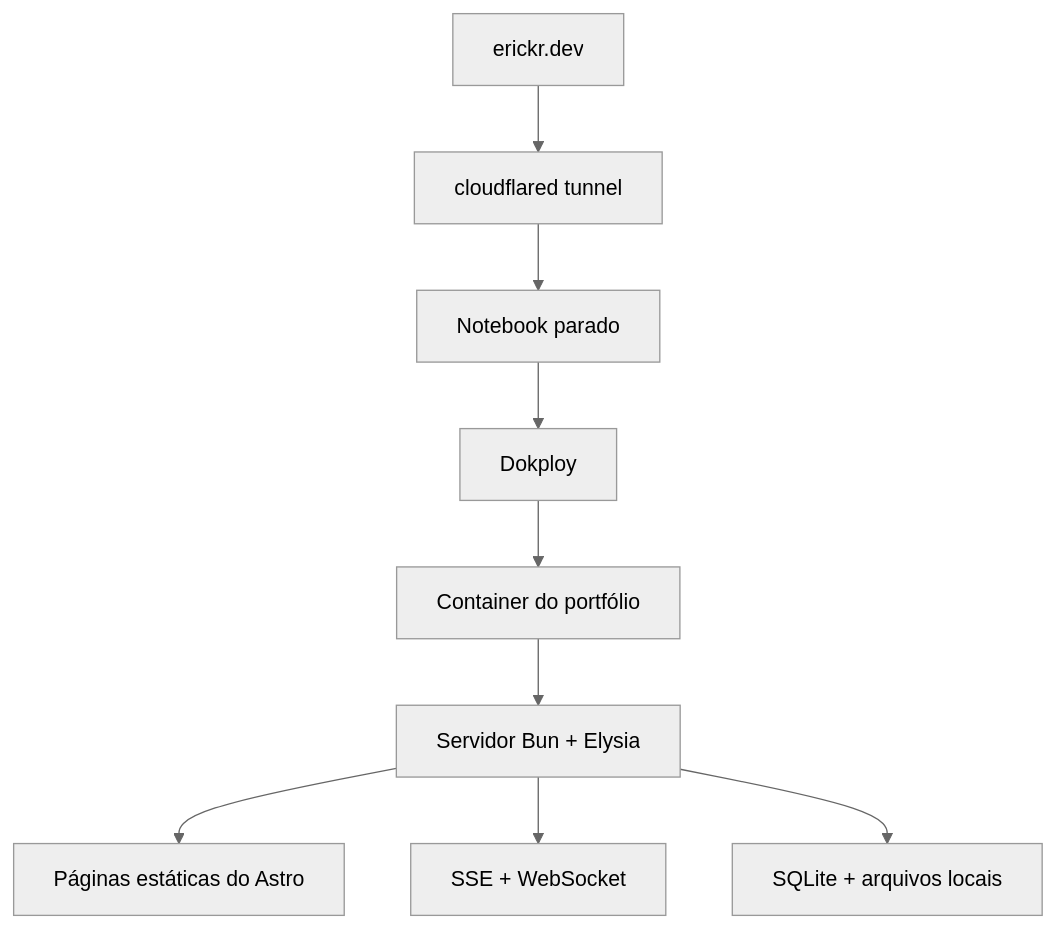
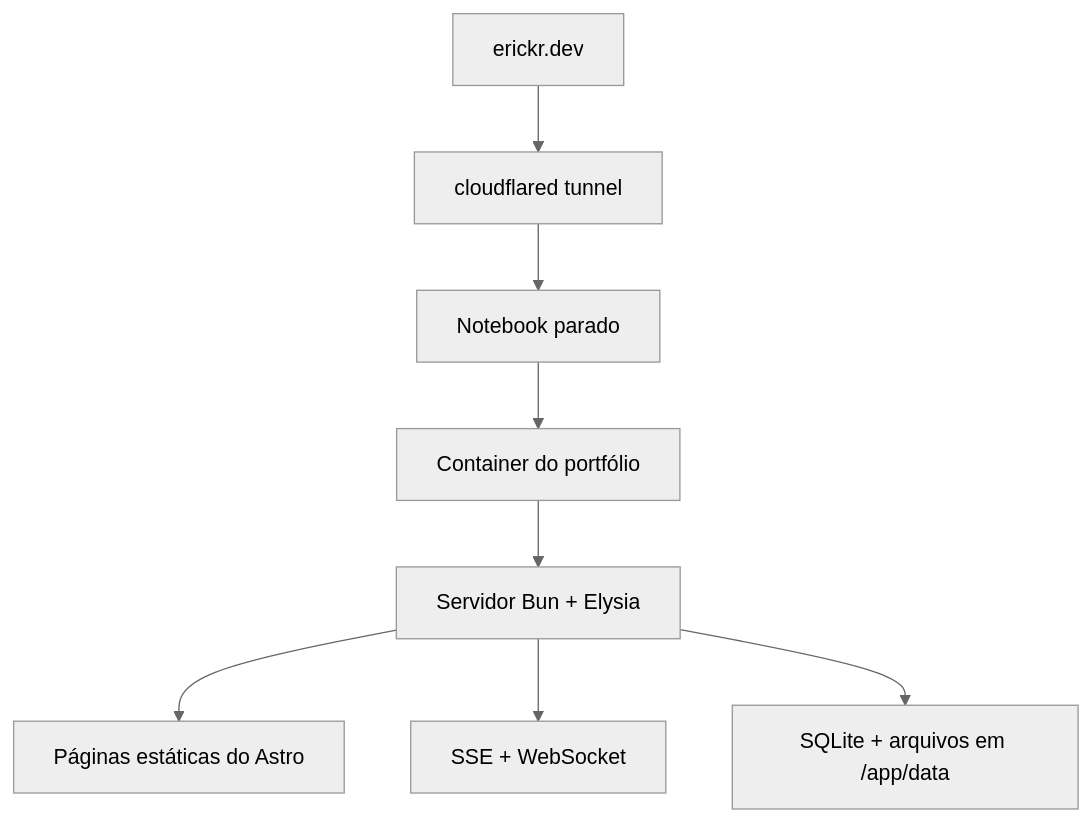
One commit to ErickCReis/ErickCReis changed the first of 2 diagrams in web/content/blog/rewriting-my-portfolio-for-self-hosting.pt-BR.mdx. Above: the diagram before and after it, drawn with Mermaid (neutral theme). The commit also changed other lines of this file and 1 other file, not shown here.

````diff
--- a/web/content/blog/rewriting-my-portfolio-for-self-hosting.pt-BR.mdx
+++ b/web/content/blog/rewriting-my-portfolio-for-self-hosting.pt-BR.mdx
@@ -28,11 +33,10 @@
 ```mermaid
 flowchart TB
   Domain["erickr.dev"] --> Tunnel["cloudflared tunnel"]
-  Tunnel --> Machine["Notebook parado"]
-  Machine --> Dokploy["Dokploy"]
-  Dokploy --> Container["Container do portfólio"]
+  Tunnel --> Host["Notebook parado"]
+  Host --> Container["Container do portfólio"]
   Container --> Server["Servidor Bun + Elysia"]
   Server --> Static["Páginas estáticas do Astro"]
   Server --> Live["SSE + WebSocket"]
-  Server --> Data["SQLite + arquivos locais"]
+  Server --> Data["SQLite + arquivos em /app/data"]
 ```
````
